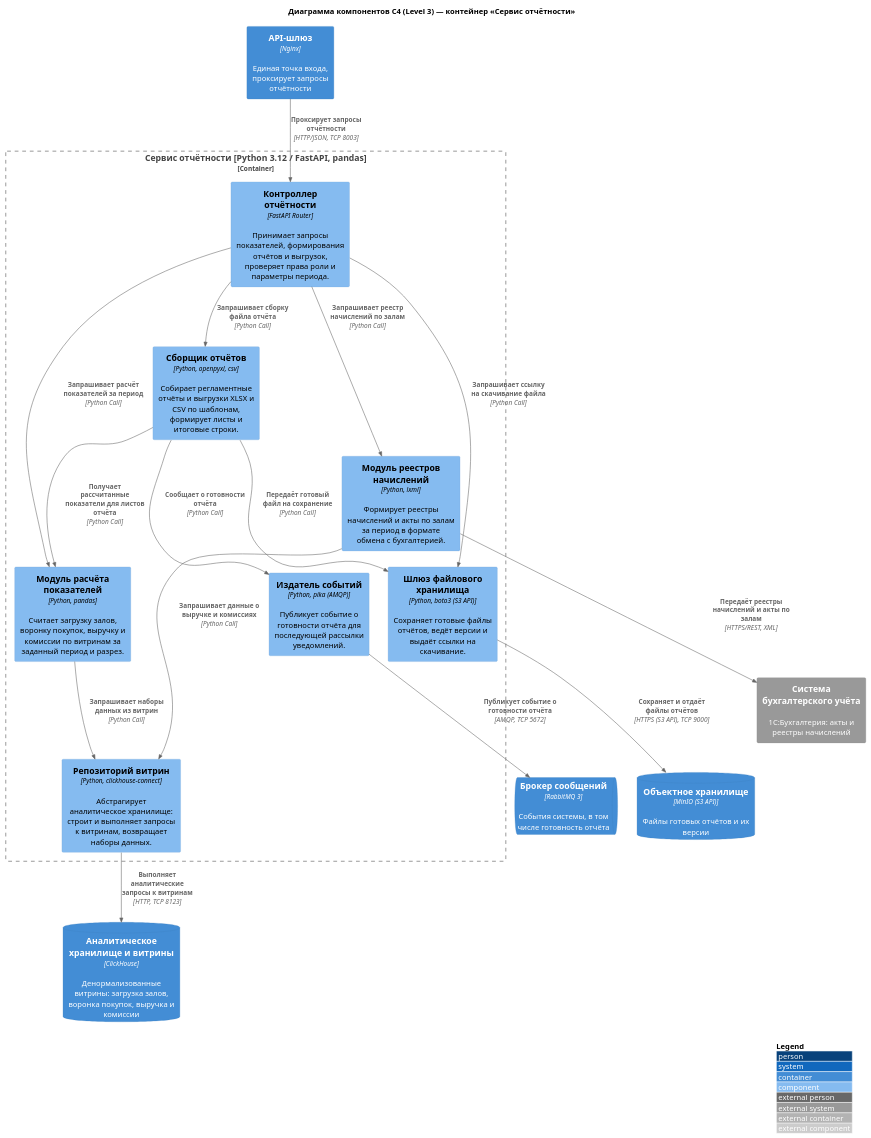
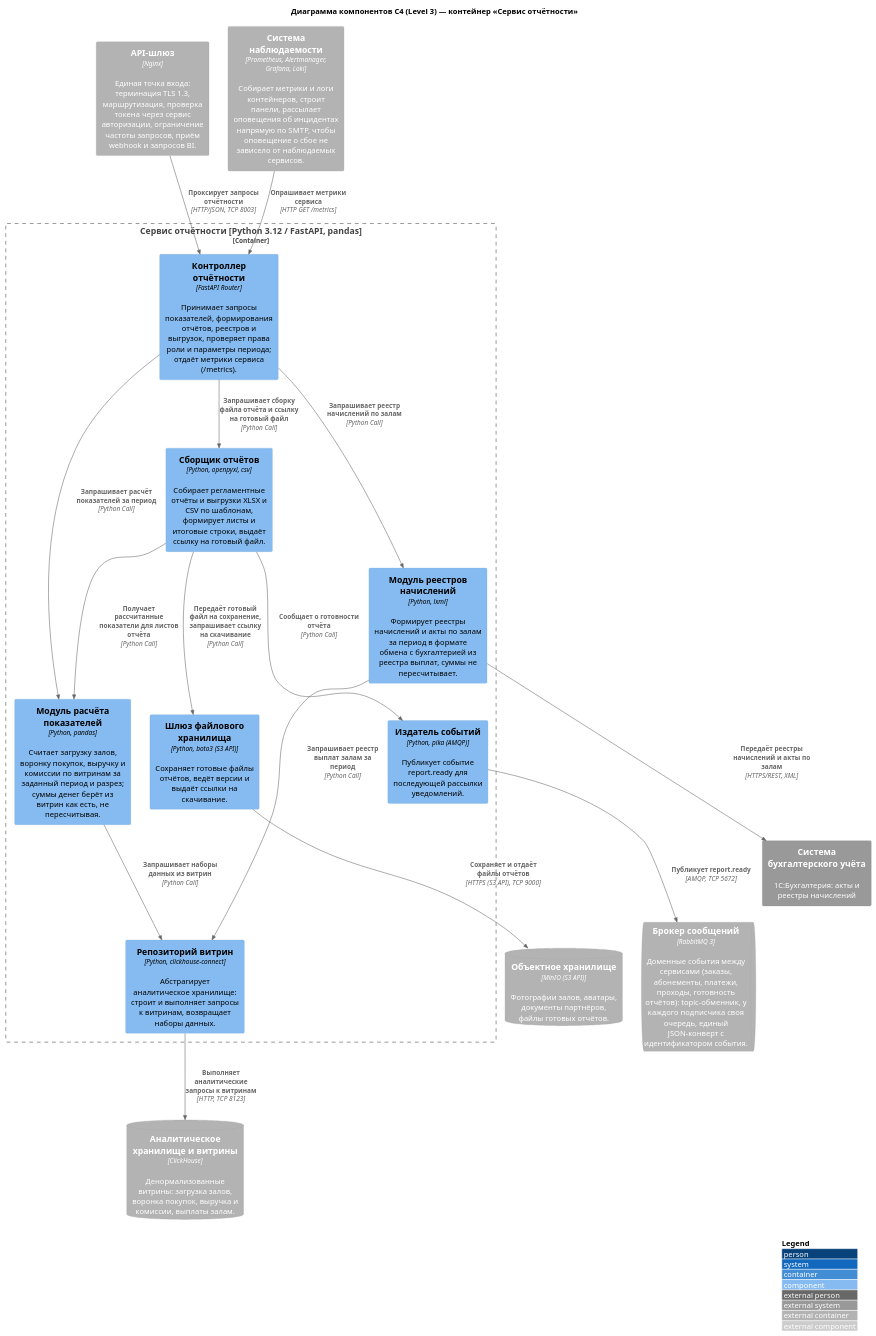
The diagram in src/local/erenmari/L3_reporting_analyst.puml (lamtfey11/ISIT-project-gym-aggregator), drawn with PlantUML before and after one commit. The commit also changed 1 other file, not shown here.

```diff
--- a/src/local/erenmari/L3_reporting_analyst.puml
+++ b/src/local/erenmari/L3_reporting_analyst.puml
@@ -1,57 +1,52 @@
 @startuml "Fitness Aggregator - Reporting Service Components (Analyst)"
 !include https://raw.githubusercontent.com/plantuml-stdlib/C4-PlantUML/master/C4_Component.puml
 
 LAYOUT_WITH_LEGEND()
 
 title Диаграмма компонентов C4 (Level 3) — контейнер «Сервис отчётности»
 
-' ==== ВНЕШНИЕ ПО ОТНОШЕНИЮ К КОНТЕЙНЕРУ ЭЛЕМЕНТЫ (верхний ярус) ====
-Container(api_gateway, "API-шлюз", "Nginx", "Единая точка входа, проксирует запросы отчётности")
-
+' ==== ВНЕШНИЕ ПО ОТНОШЕНИЮ К КОНТЕЙНЕРУ ЭЛЕМЕНТЫ ====
+Container_Ext(api_gateway, "API-шлюз", "Nginx", "Единая точка входа: терминация TLS 1.3, маршрутизация, проверка токена через сервис авторизации, ограничение частоты запросов, приём webhook и запросов BI.")
+Container_Ext(monitoring, "Система наблюдаемости", "Prometheus, Alertmanager, Grafana, Loki", "Собирает метрики и логи контейнеров, строит панели, рассылает оповещения об инцидентах напрямую по SMTP, чтобы оповещение о сбое не зависело от наблюдаемых сервисов.")
 Container_Boundary(analytics_service, "Сервис отчётности [Python 3.12 / FastAPI, pandas]") {
 
   ' ---- Слой представления (API) ----
-  Component(report_controller, "Контроллер отчётности", "FastAPI Router", "Принимает запросы показателей, формирования отчётов и выгрузок, проверяет права роли и параметры периода.")
+  Component(report_controller, "Контроллер отчётности", "FastAPI Router", "Принимает запросы показателей, формирования отчётов, реестров и выгрузок, проверяет права роли и параметры периода; отдаёт метрики сервиса (/metrics).")
 
   ' ---- Слой бизнес-логики ----
-  Component(metrics_engine, "Модуль расчёта показателей", "Python, pandas", "Считает загрузку залов, воронку покупок, выручку и комиссии по витринам за заданный период и разрез.")
-  Component(report_builder, "Сборщик отчётов", "Python, openpyxl, csv", "Собирает регламентные отчёты и выгрузки XLSX и CSV по шаблонам, формирует листы и итоговые строки.")
-  Component(settlement_exporter, "Модуль реестров начислений", "Python, lxml", "Формирует реестры начислений и акты по залам за период в формате обмена с бухгалтерией.")
+  Component(metrics_engine, "Модуль расчёта показателей", "Python, pandas", "Считает загрузку залов, воронку покупок, выручку и комиссии по витринам за заданный период и разрез; суммы денег берёт из витрин как есть, не пересчитывая.")
+  Component(report_builder, "Сборщик отчётов", "Python, openpyxl, csv", "Собирает регламентные отчёты и выгрузки XLSX и CSV по шаблонам, формирует листы и итоговые строки, выдаёт ссылку на готовый файл.")
+  Component(settlement_exporter, "Модуль реестров начислений", "Python, lxml", "Формирует реестры начислений и акты по залам за период в формате обмена с бухгалтерией из реестра выплат, суммы не пересчитывает.")
 
   ' ---- Слой доступа к данным и инфраструктуре ----
   Component(mart_repository, "Репозиторий витрин", "Python, clickhouse-connect", "Абстрагирует аналитическое хранилище: строит и выполняет запросы к витринам, возвращает наборы данных.")
   Component(storage_gateway, "Шлюз файлового хранилища", "Python, boto3 (S3 API)", "Сохраняет готовые файлы отчётов, ведёт версии и выдаёт ссылки на скачивание.")
-  Component(event_publisher, "Издатель событий", "Python, pika (AMQP)", "Публикует событие о готовности отчёта для последующей рассылки уведомлений.")
+  Component(event_publisher, "Издатель событий", "Python, pika (AMQP)", "Публикует событие report.ready для последующей рассылки уведомлений.")
 }
 
-' ==== ВНЕШНИЕ ПО ОТНОШЕНИЮ К КОНТЕЙНЕРУ ХРАНИЛИЩА И СИСТЕМЫ (нижний ярус) ====
-ContainerDb(dwh, "Аналитическое хранилище и витрины", "ClickHouse", "Денормализованные витрины: загрузка залов, воронка покупок, выручка и комиссии")
-ContainerDb(object_storage, "Объектное хранилище", "MinIO (S3 API)", "Файлы готовых отчётов и их версии")
-ContainerQueue(message_broker, "Брокер сообщений", "RabbitMQ 3", "События системы, в том числе готовность отчёта")
+' ==== ВНЕШНИЕ ПО ОТНОШЕНИЮ К КОНТЕЙНЕРУ ХРАНИЛИЩА И СИСТЕМЫ ====
+ContainerDb_Ext(dwh, "Аналитическое хранилище и витрины", "ClickHouse", "Денормализованные витрины: загрузка залов, воронка покупок, выручка и комиссии, выплаты залам.")
+ContainerDb_Ext(object_storage, "Объектное хранилище", "MinIO (S3 API)", "Фотографии залов, аватары, документы партнёров, файлы готовых отчётов.")
+ContainerQueue_Ext(message_broker, "Брокер сообщений", "RabbitMQ 3", "Доменные события между сервисами (заказы, абонементы, платежи, проходы, готовность отчётов): topic-обменник, у каждого подписчика своя очередь, единый JSON-конверт с идентификатором события.")
 System_Ext(accounting_system, "Система бухгалтерского учёта", "1С:Бухгалтерия: акты и реестры начислений")
-
 ' ==== ВХОД В КОНТЕЙНЕР ====
 Rel(api_gateway, report_controller, "Проксирует запросы отчётности", "HTTP/JSON, TCP 8003")
+Rel(monitoring, report_controller, "Опрашивает метрики сервиса", "HTTP GET /metrics")
 
-' ==== ВНУТРИПРОЦЕССНЫЕ ВЫЗОВЫ (единое адресное пространство) ====
+' ==== ВНУТРИПРОЦЕССНЫЕ ВЫЗОВЫ  ====
 Rel(report_controller, metrics_engine, "Запрашивает расчёт показателей за период", "Python Call")
-Rel(report_controller, report_builder, "Запрашивает сборку файла отчёта", "Python Call")
+Rel(report_controller, report_builder, "Запрашивает сборку файла отчёта и ссылку на готовый файл", "Python Call")
 Rel(report_controller, settlement_exporter, "Запрашивает реестр начислений по залам", "Python Call")
 Rel(metrics_engine, mart_repository, "Запрашивает наборы данных из витрин", "Python Call")
 Rel(report_builder, metrics_engine, "Получает рассчитанные показатели для листов отчёта", "Python Call")
-Rel(settlement_exporter, mart_repository, "Запрашивает данные о выручке и комиссиях", "Python Call")
-Rel(report_builder, storage_gateway, "Передаёт готовый файл на сохранение", "Python Call")
+Rel(settlement_exporter, mart_repository, "Запрашивает реестр выплат залам за период", "Python Call")
+Rel(report_builder, storage_gateway, "Передаёт готовый файл на сохранение, запрашивает ссылку на скачивание", "Python Call")
 Rel(report_builder, event_publisher, "Сообщает о готовности отчёта", "Python Call")
-Rel(report_controller, storage_gateway, "Запрашивает ссылку на скачивание файла", "Python Call")
 
 ' ==== СЕТЕВЫЕ СВЯЗИ КОМПОНЕНТОВ С ХРАНИЛИЩАМИ И ВНЕШНИМИ СИСТЕМАМИ ====
 Rel(mart_repository, dwh, "Выполняет аналитические запросы к витринам", "HTTP, TCP 8123")
 Rel(storage_gateway, object_storage, "Сохраняет и отдаёт файлы отчётов", "HTTPS (S3 API), TCP 9000")
-Rel(event_publisher, message_broker, "Публикует событие о готовности отчёта", "AMQP, TCP 5672")
+Rel(event_publisher, message_broker, "Публикует report.ready", "AMQP, TCP 5672")
 Rel(settlement_exporter, accounting_system, "Передаёт реестры начислений и акты по залам", "HTTPS/REST, XML")
 
-' ==== ОПЦИОНАЛЬНО: фиксация раскладки (раскомментировать, если преподаватель разрешит Lay_*) ====
-' Lay_L(mart_repository, dwh)
-' Lay_R(storage_gateway, object_storage)
-
 @enduml
```
